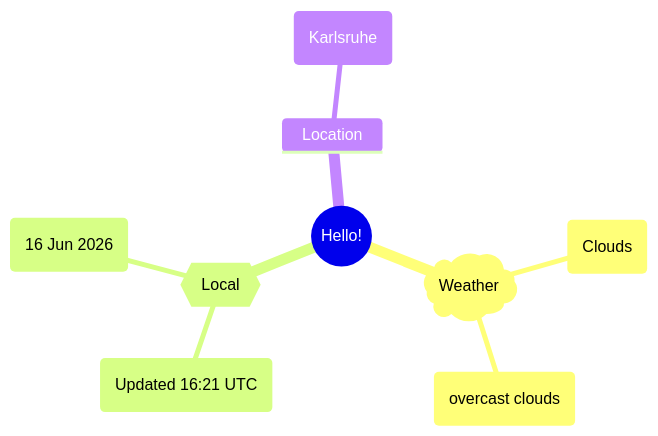
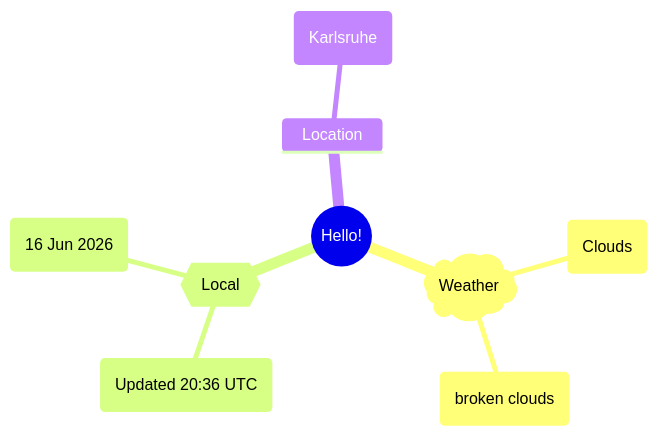
Before and after one commit to Xosrov/Xosrov: the first of 2 diagrams in README.md, drawn with Mermaid.

Commit message:
[bot] updated images

````diff
--- a/README.md
+++ b/README.md
@@ -3,12 +3,12 @@
 ```mermaid
 mindmap
   root((Hello!))
     )Weather(
         (Clouds)
-        (overcast clouds)
+        (broken clouds)
     {{Local}}
-        (Updated 16:21 UTC)
+        (Updated 20:36 UTC)
         (16 Jun 2026)
     Location
         (Karlsruhe)
 ```
````
